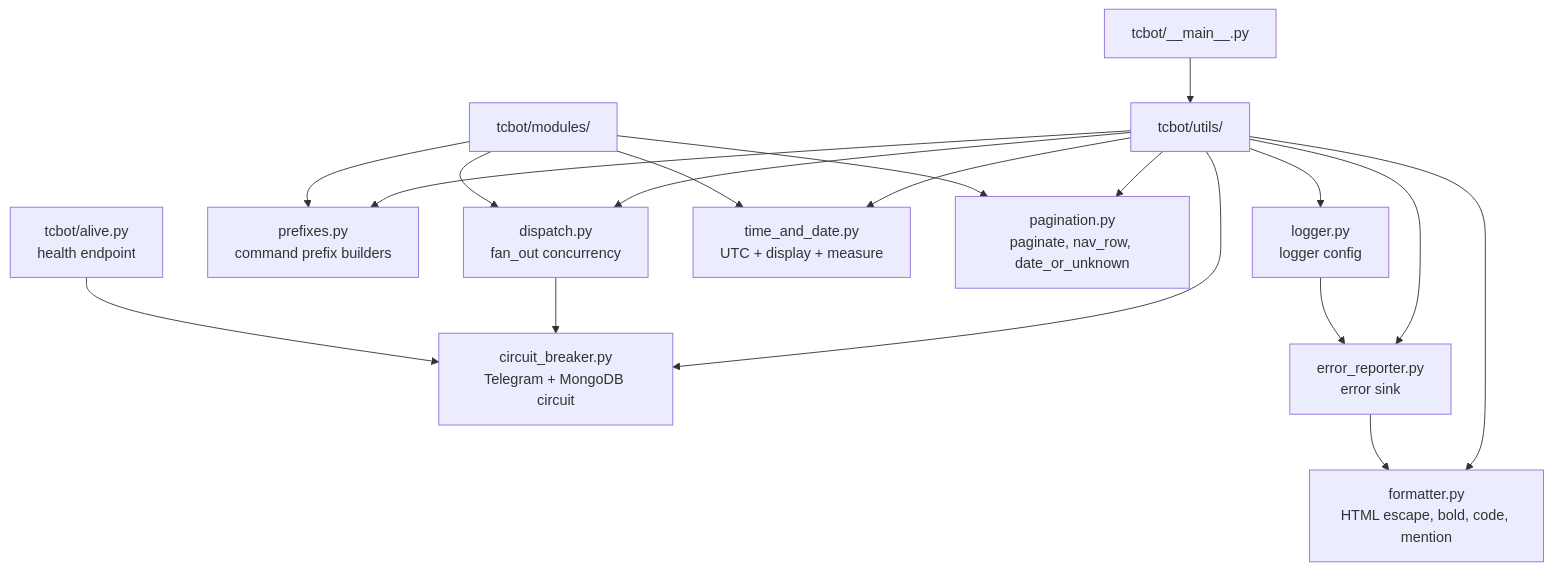
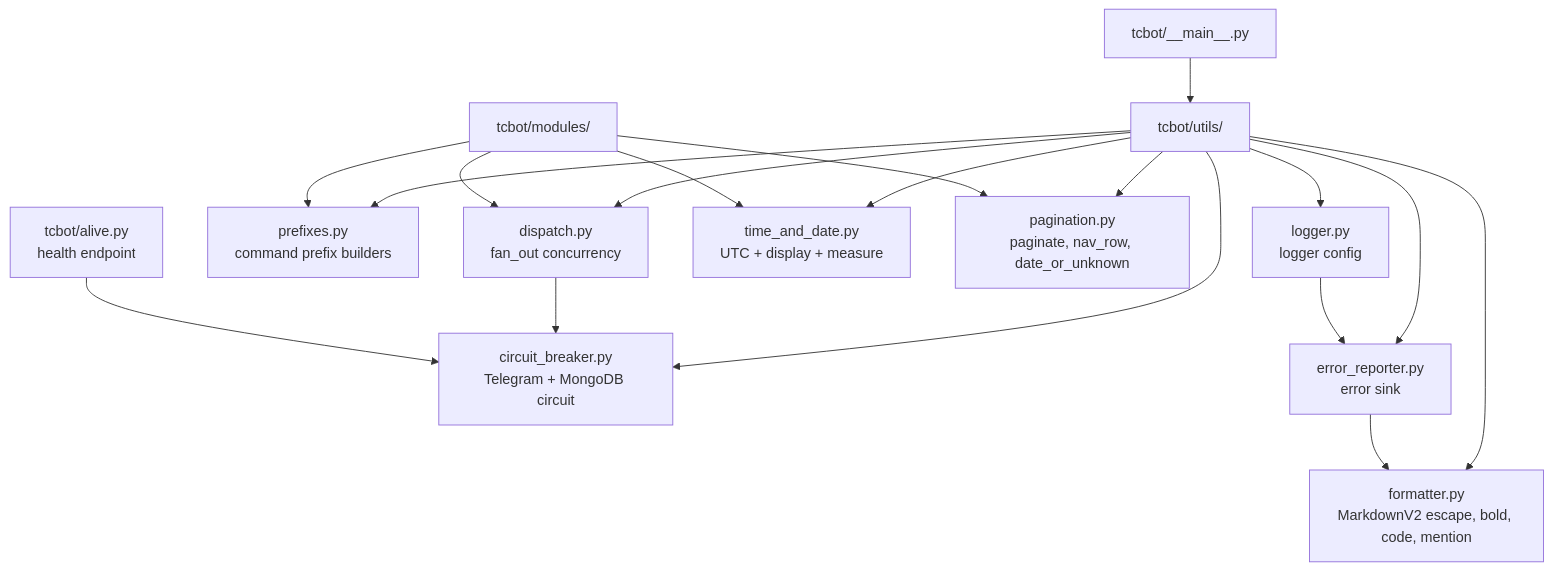
One commit to D1ZZY4/tcbot changed the diagram in docs/architecture/utilities.md. Above: the diagram before and after it, drawn with Mermaid. The commit also changed other lines of this file and 61 other files, not shown here.

First line of the commit message:
feat(markdown): migrate bot messages from HTML to MarkdownV2

````diff
--- a/docs/architecture/utilities.md
+++ b/docs/architecture/utilities.md
@@ -9,20 +9,20 @@
 ```mermaid
 flowchart TD
     Main[tcbot/__main__.py] --> Utils[tcbot/utils/]
     Utils --> CB[circuit_breaker.py<br/>Telegram + MongoDB circuit]
     Utils --> Dispatch[dispatch.py<br/>fan_out concurrency]
     Utils --> Prefixes[prefixes.py<br/>command prefix builders]
     Utils --> Logging[logger.py<br/>logger config]
     Utils --> ErrorReporter[error_reporter.py<br/>error sink]
     Utils --> TimeDate[time_and_date.py<br/>UTC + display + measure]
     Utils --> Pagination[pagination.py<br/>paginate, nav_row, date_or_unknown]
-    Utils --> Fmt[formatter.py<br/>HTML escape, bold, code, mention]
+    Utils --> Fmt[formatter.py<br/>MarkdownV2 escape, bold, code, mention]
     Dispatch --> CB
     Modules[tcbot/modules/] --> Dispatch
     Modules --> Prefixes
     Modules --> TimeDate
     Modules --> Pagination
     Logging --> ErrorReporter
     ErrorReporter --> Fmt
     Alive[tcbot/alive.py<br/>health endpoint] --> CB
 ```
````
